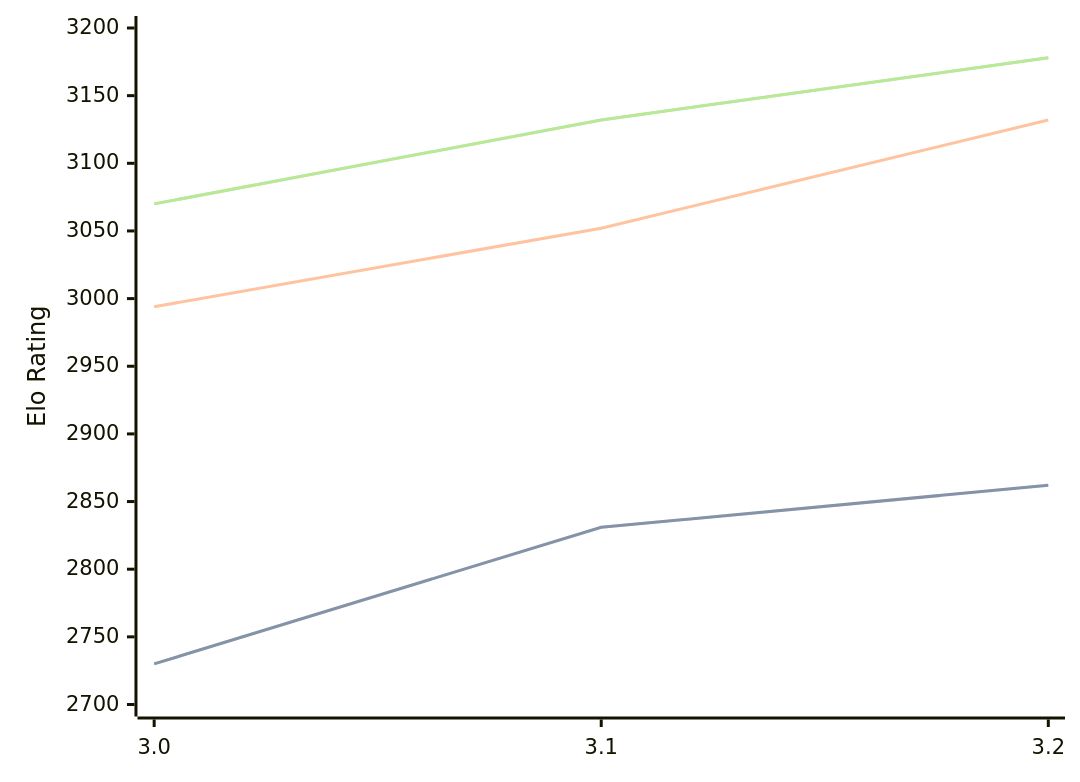
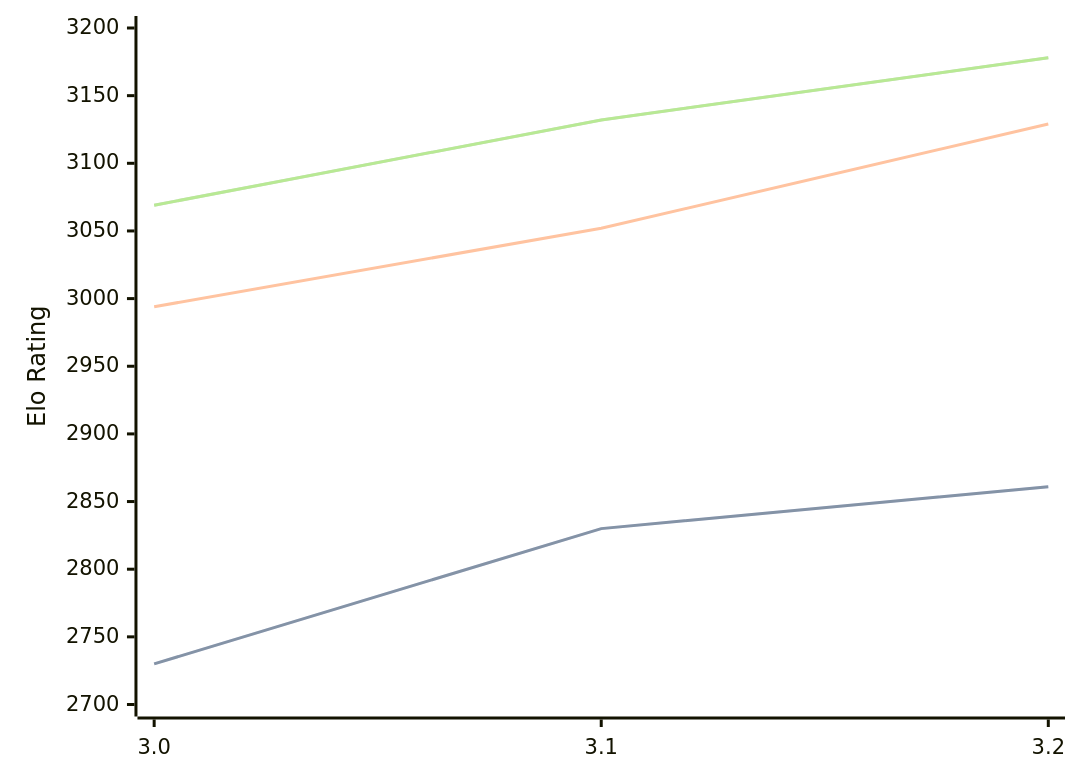
Before and after one commit to computer-chess-index/cci: the diagram in engines/Vajolet2.md, drawn with Mermaid. The commit also changed other lines of this file, not shown here.

Commit message:
Update CCI Ratings (ELO VLTC) - 2026-09-12

````diff
--- a/engines/Vajolet2.md
+++ b/engines/Vajolet2.md
@@ -33,11 +33,11 @@
 ```mermaid
 %%{init: {"theme":"base","themeVariables":{"seriesColors:['#a3a3a3','#222221','#faa371']}}}%%
 xychart-beta
   x-axis ["3.0", "3.1", "3.2"]
   y-axis "Elo Rating" 2700 --> 3200
-  line "" [2730, 2831, 2862]
-  line "STC (8.0+0.08s)" [2730, 2831, 2862]
-  line "LTC (60.0+0.60s)" [2994, 3052, 3132]
-  line "" [3070, 3132, 3178]
-  line "VLTC (2m24s+1.12s)" [3070, 3132, 3178]
+  line "" [2730, 2830, 2861]
+  line "STC (8.0+0.08s)" [2730, 2830, 2861]
+  line "LTC (60.0+0.60s)" [2994, 3052, 3129]
+  line "" [3069, 3132, 3178]
+  line "VLTC (2m24s+1.12s)" [3069, 3132, 3178]
 ```
````
